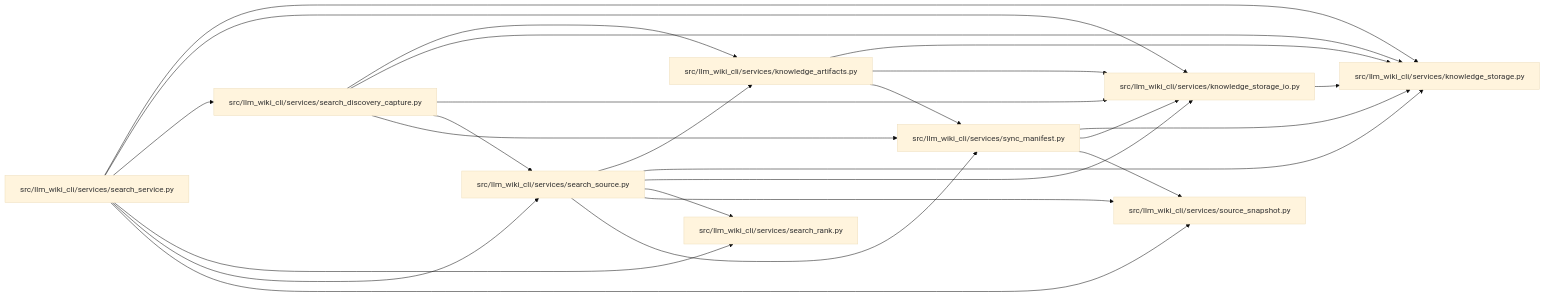
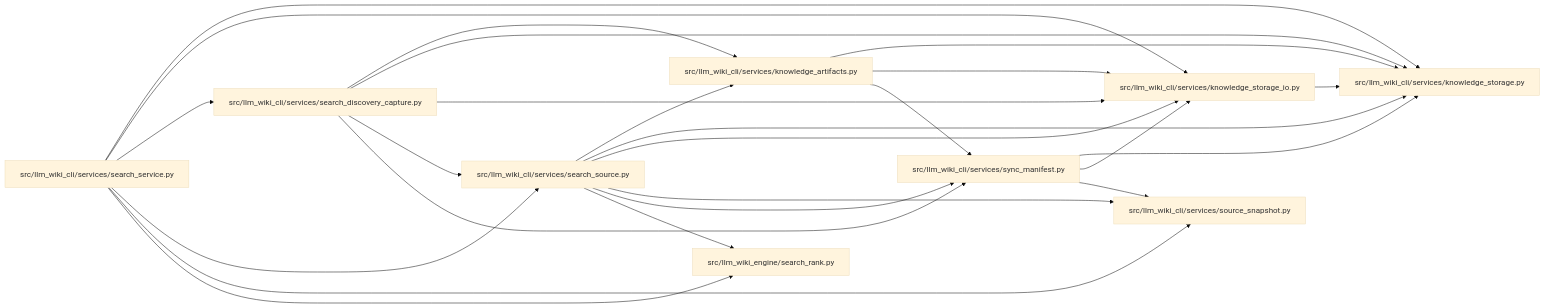
Before and after one commit to Denissvgn/python-wiki-llm: the diagram in docs/llm_wiki/modules/search_source.md, drawn with Mermaid (base theme). The commit also changed other lines of this file and 1103 other files, not shown here.

First line of the commit message:
docs: refresh the wiki for the llm-wiki-engine distribution

````diff
--- a/docs/llm_wiki/modules/search_source.md
+++ b/docs/llm_wiki/modules/search_source.md
@@ -28,45 +28,45 @@
 ```mermaid
 flowchart LR
     n0["src/llm_wiki_cli/services/knowledge_artifacts.py"]
     n1["src/llm_wiki_cli/services/knowledge_storage.py"]
     n2["src/llm_wiki_cli/services/knowledge_storage_io.py"]
     n3["src/llm_wiki_cli/services/search_discovery_capture.py"]
-    n4["src/llm_wiki_cli/services/search_rank.py"]
-    n5["src/llm_wiki_cli/services/search_service.py"]
-    n6["src/llm_wiki_cli/services/search_source.py"]
-    n7["src/llm_wiki_cli/services/source_snapshot.py"]
-    n8["src/llm_wiki_cli/services/sync_manifest.py"]
+    n4["src/llm_wiki_cli/services/search_service.py"]
+    n5["src/llm_wiki_cli/services/search_source.py"]
+    n6["src/llm_wiki_cli/services/source_snapshot.py"]
+    n7["src/llm_wiki_cli/services/sync_manifest.py"]
+    n8["src/llm_wiki_engine/search_rank.py"]
     n0 --> n1
     n0 --> n2
-    n0 --> n8
+    n0 --> n7
     n2 --> n1
     n3 --> n0
     n3 --> n1
     n3 --> n2
-    n3 --> n6
-    n3 --> n8
+    n3 --> n5
+    n3 --> n7
+    n4 --> n1
+    n4 --> n2
+    n4 --> n3
+    n4 --> n5
+    n4 --> n6
+    n4 --> n8
+    n5 --> n0
     n5 --> n1
     n5 --> n2
-    n5 --> n3
-    n5 --> n4
     n5 --> n6
     n5 --> n7
-    n6 --> n0
-    n6 --> n1
-    n6 --> n2
-    n6 --> n4
-    n6 --> n7
-    n6 --> n8
-    n8 --> n1
-    n8 --> n2
-    n8 --> n7
+    n5 --> n8
+    n7 --> n1
+    n7 --> n2
+    n7 --> n6
     click n0 "../modules/knowledge_artifacts.md"
     click n1 "../modules/knowledge_storage.md"
     click n2 "../modules/knowledge_storage_io.md"
     click n3 "../modules/search_discovery_capture.md"
-    click n4 "../modules/search_rank.md"
-    click n5 "../modules/search_service.md"
-    click n6 "../modules/search_source.md"
-    click n7 "../modules/source_snapshot.md"
-    click n8 "../modules/sync_manifest.md"
+    click n4 "../modules/search_service.md"
+    click n5 "../modules/search_source.md"
+    click n6 "../modules/source_snapshot.md"
+    click n7 "../modules/sync_manifest.md"
+    click n8 "../modules/search_rank.md"
 ```
````
